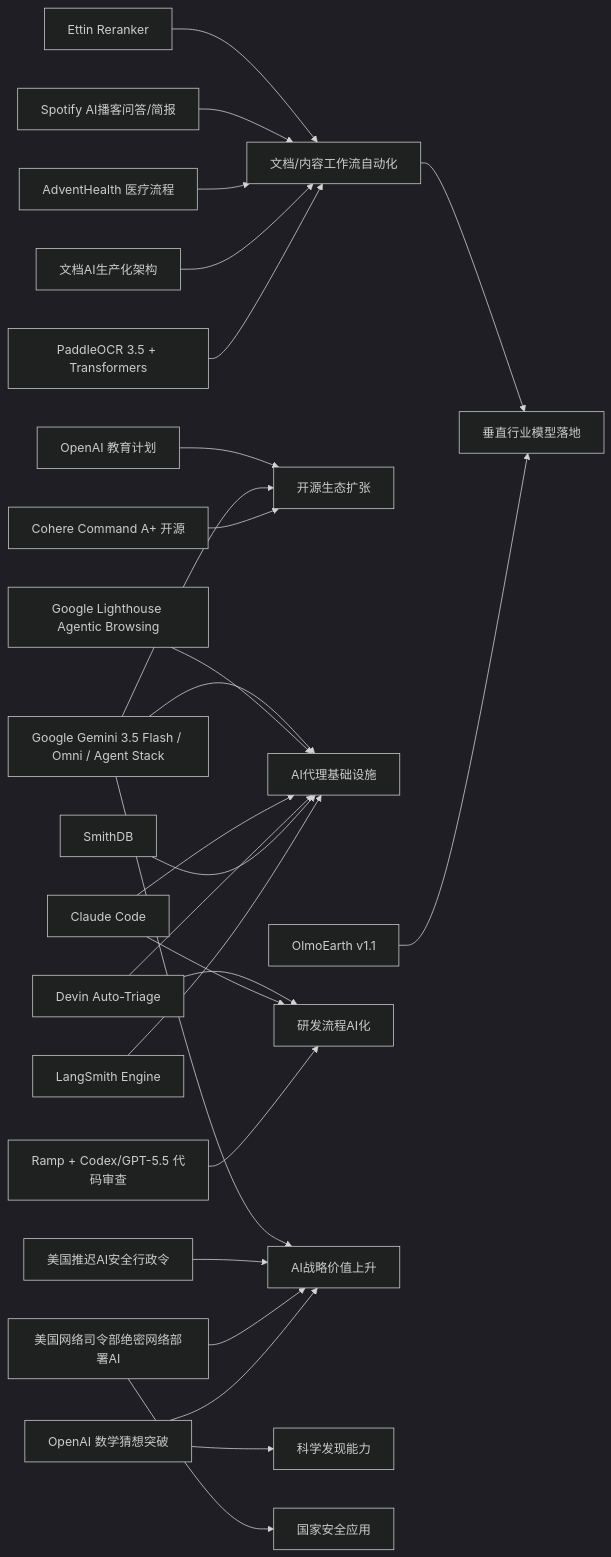
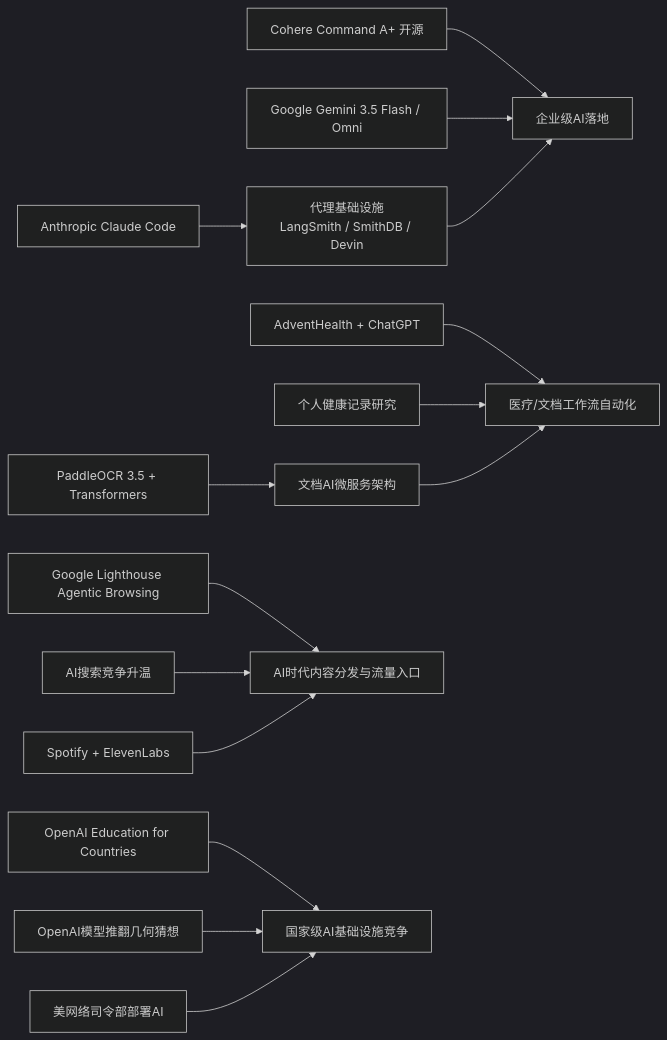
One commit to zhuxinfei/ai-daily-site changed the diagram in content/cn/2026/2026-05/2026-05-21.md. Above: the diagram before and after it, drawn with Mermaid (dark theme). The commit also changed other lines of this file, not shown here.

````diff
--- a/content/cn/2026/2026-05/2026-05-21.md
+++ b/content/cn/2026/2026-05/2026-05-21.md
@@ -105,52 +119,42 @@
 ```mermaid
 graph LR
-    Cohere[Cohere Command A+ 开源]
-    Google[Google Gemini 3.5 Flash / Omni / Agent Stack]
-    OpenAIEdu[OpenAI 教育计划]
-    OpenAIMath[OpenAI 数学猜想突破]
-    AdventHealth[AdventHealth 医疗流程]
-    LangSmith[LangSmith Engine]
-    SmithDB[SmithDB]
-    Devin[Devin Auto-Triage]
-    ClaudeCode[Claude Code]
-    Lighthouse[Google Lighthouse Agentic Browsing]
-    PaddleOCR[PaddleOCR 3.5 + Transformers]
-    DocAI[文档AI生产化架构]
-    Spotify[Spotify AI播客问答/简报]
-    Ramp[Ramp + Codex/GPT-5.5 代码审查]
-    Cyber[美国网络司令部绝密网络部署AI]
-    Policy[美国推迟AI安全行政令]
-    Ettin[Ettin Reranker]
-    OlmoEarth[OlmoEarth v1.1]
+  Cohere[Cohere Command A+ 开源]
+  Google[Google Gemini 3.5 Flash / Omni]
+  Anthropic[Anthropic Claude Code]
+  Infra[代理基础设施<br/>LangSmith / SmithDB / Devin]
+  Enterprise[企业级AI落地]
 
-    Cohere --> Ecosystem[开源生态扩张]
-    Google --> Ecosystem
-    OpenAIEdu --> Ecosystem
+  Advent[AdventHealth + ChatGPT]
+  PHR[个人健康记录研究]
+  Paddle[PaddleOCR 3.5 + Transformers]
+  DocAI[文档AI微服务架构]
+  HealthAI[医疗/文档工作流自动化]
 
-    LangSmith --> AgentInfra[AI代理基础设施]
-    SmithDB --> AgentInfra
-    Devin --> AgentInfra
-    ClaudeCode --> AgentInfra
-    Lighthouse --> AgentInfra
-    Google --> AgentInfra
+  Lighthouse[Google Lighthouse Agentic Browsing]
+  Search[AI搜索竞争升温]
+  Spotify[Spotify + ElevenLabs]
+  Traffic[AI时代内容分发与流量入口]
 
-    PaddleOCR --> Workflow[文档/内容工作流自动化]
-    DocAI --> Workflow
-    AdventHealth --> Workflow
-    Spotify --> Workflow
-    Ettin --> Workflow
+  OpenAIEdu[OpenAI Education for Countries]
+  Math[OpenAI模型推翻几何猜想]
+  Cyber[美网络司令部部署AI]
+  StateAI[国家级AI基础设施竞争]
 
-    Ramp --> DevAI[研发流程AI化]
-    ClaudeCode --> DevAI
-    Devin --> DevAI
+  Cohere --> Enterprise
+  Google --> Enterprise
+  Anthropic --> Infra
+  Infra --> Enterprise
 
-    OpenAIMath --> Strategic[AI战略价值上升]
-    Cyber --> Strategic
-    Policy --> Strategic
-    Google --> Strategic
-    OpenAIMath --> Science[科学发现能力]
-    Cyber --> Security[国家安全应用]
+  Advent --> HealthAI
+  PHR --> HealthAI
+  Paddle --> DocAI
+  DocAI --> HealthAI
 
-    OlmoEarth --> Vertical[垂直行业模型落地]
-    Workflow --> Vertical
+  Lighthouse --> Traffic
+  Search --> Traffic
+  Spotify --> Traffic
+
+  OpenAIEdu --> StateAI
+  Math --> StateAI
+  Cyber --> StateAI
 ```
````
